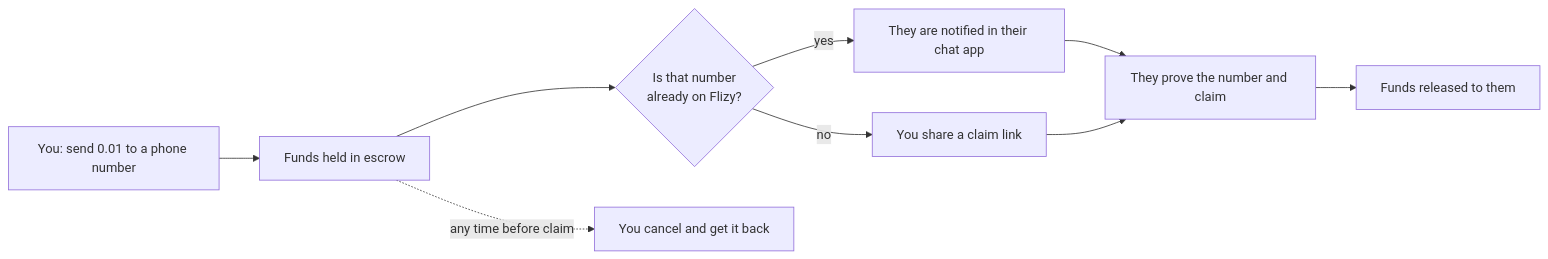
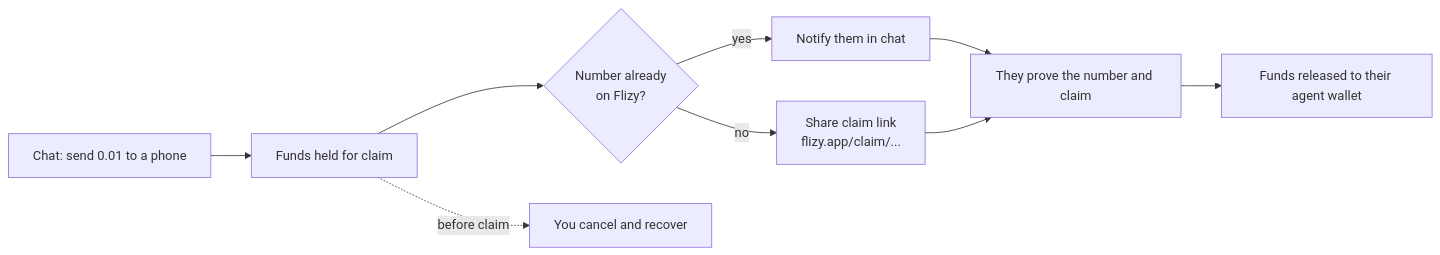
One commit to rudazy/flizy changed the third of 4 diagrams in README.md. Above: the diagram before and after it, drawn with Mermaid. The commit also changed other lines of this file and 25 other files, not shown here.

Commit message:
Ship pin lockout, flizy domain and README diagrams

````diff
--- a/README.md
+++ b/README.md
@@ -188,11 +197,11 @@
 ```mermaid
 flowchart LR
-  A["You: send 0.01 to a phone number"] --> B["Funds held in escrow"]
-  B --> C{"Is that number<br/>already on Flizy?"}
-  C -->|yes| D["They are notified in their chat app"]
-  C -->|no| E["You share a claim link"]
+  A["Chat: send 0.01 to a phone"] --> B["Funds held for claim"]
+  B --> C{"Number already<br/>on Flizy?"}
+  C -->|yes| D["Notify them in chat"]
+  C -->|no| E["Share claim link<br/>flizy.app/claim/..."]
   D --> F["They prove the number and claim"]
   E --> F
-  F --> G["Funds released to them"]
-  B -.->|any time before claim| H["You cancel and get it back"]
+  F --> G["Funds released to their agent wallet"]
+  B -.->|before claim| H["You cancel and recover"]
 ```
````
